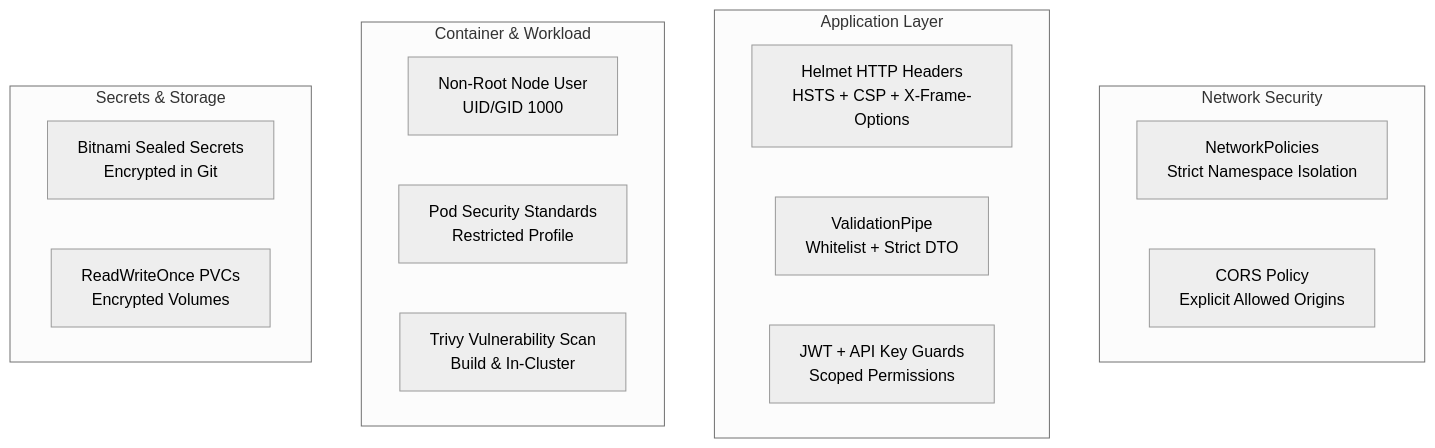
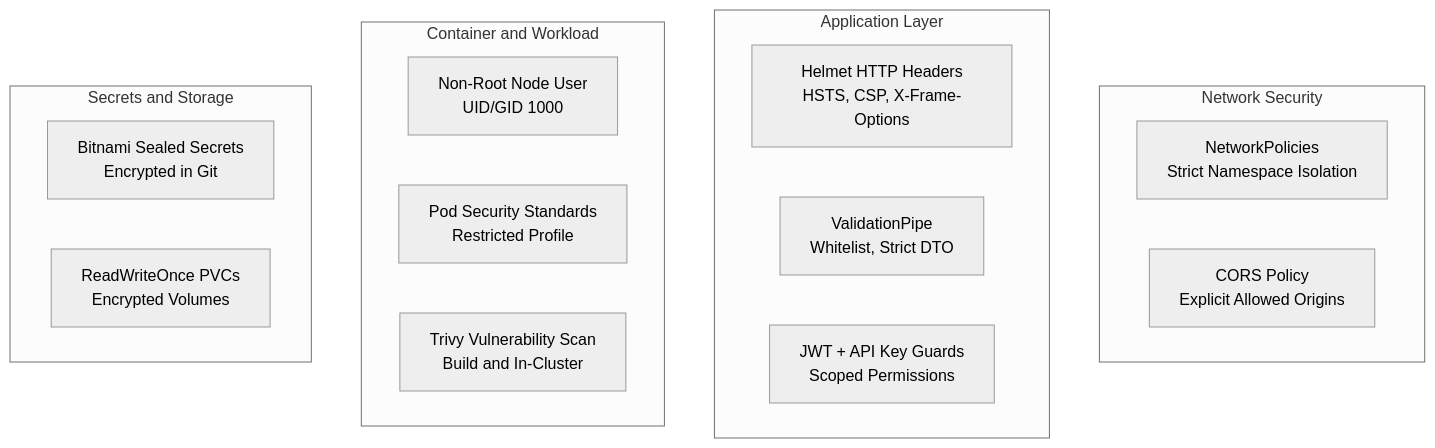
The diagram in deploy/security/security-policy.md (mo74x/Hwala), drawn with Mermaid (neutral theme) before and after one commit. The commit also changed other lines of this file and 4 other files, not shown here.

````diff
--- a/deploy/security/security-policy.md
+++ b/deploy/security/security-policy.md
@@ -9,24 +9,24 @@
 ```mermaid
 graph TD
     subgraph "Network Security"
-        NET[NetworkPolicies<br/>Strict Namespace Isolation]
-        CORS[CORS Policy<br/>Explicit Allowed Origins]
+        NET["NetworkPolicies<br/>Strict Namespace Isolation"]
+        CORS["CORS Policy<br/>Explicit Allowed Origins"]
     end
 
     subgraph "Application Layer"
-        HELMET[Helmet HTTP Headers<br/>HSTS + CSP + X-Frame-Options]
-        DTO[ValidationPipe<br/>Whitelist + Strict DTO]
-        AUTH[JWT + API Key Guards<br/>Scoped Permissions]
+        HELMET["Helmet HTTP Headers<br/>HSTS, CSP, X-Frame-Options"]
+        DTO["ValidationPipe<br/>Whitelist, Strict DTO"]
+        AUTH["JWT + API Key Guards<br/>Scoped Permissions"]
     end
 
-    subgraph "Container & Workload"
-        NONROOT[Non-Root Node User<br/>UID/GID 1000]
-        PSS[Pod Security Standards<br/>Restricted Profile]
-        TRIVY[Trivy Vulnerability Scan<br/>Build & In-Cluster]
+    subgraph "Container and Workload"
+        NONROOT["Non-Root Node User<br/>UID/GID 1000"]
+        PSS["Pod Security Standards<br/>Restricted Profile"]
+        TRIVY["Trivy Vulnerability Scan<br/>Build and In-Cluster"]
     end
 
-    subgraph "Secrets & Storage"
-        SEAL[Bitnami Sealed Secrets<br/>Encrypted in Git]
-        PVC[ReadWriteOnce PVCs<br/>Encrypted Volumes]
+    subgraph "Secrets and Storage"
+        SEAL["Bitnami Sealed Secrets<br/>Encrypted in Git"]
+        PVC["ReadWriteOnce PVCs<br/>Encrypted Volumes"]
     end
 ```
````
